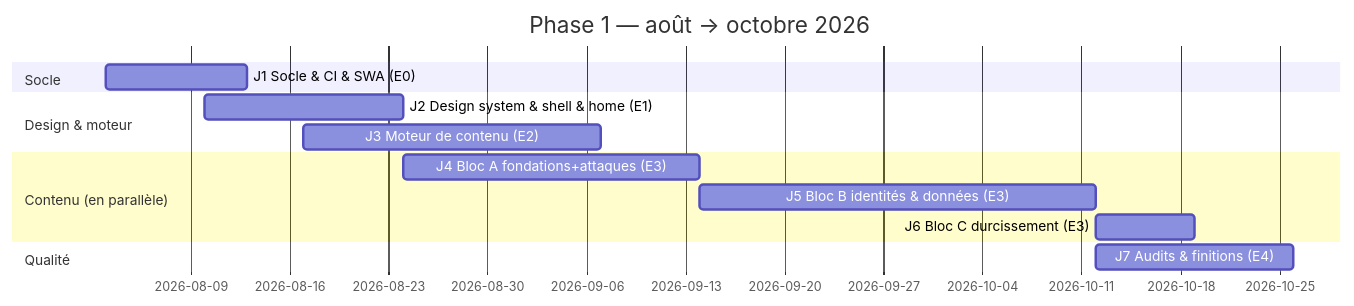
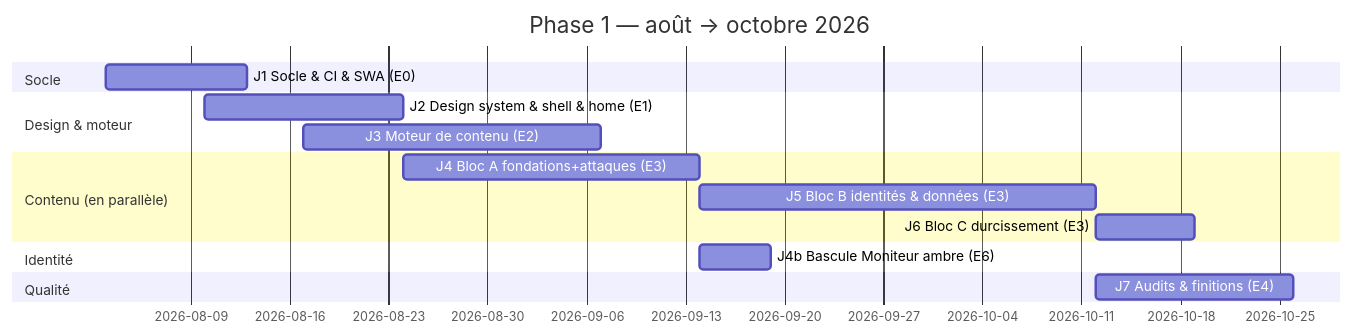
One commit to DrL0ve69/Dr.JeSaisTout-WebApp changed the diagram in docs/agile/roadmap.md. Above: the diagram before and after it, drawn with Mermaid. The commit also changed other lines of this file and 8 other files, not shown here.

First line of the commit message:
docs(direction): bascule « Carnet de laboratoire » -> « Moniteur ambre »

````diff
--- a/docs/agile/roadmap.md
+++ b/docs/agile/roadmap.md
@@ -26,16 +26,18 @@
 ```mermaid
 gantt
     dateFormat  YYYY-MM-DD
     title Phase 1 — août → octobre 2026
     section Socle
     J1 Socle & CI & SWA (E0)            :2026-08-03, 10d
     section Design & moteur
     J2 Design system & shell & home (E1):2026-08-10, 14d
     J3 Moteur de contenu (E2)           :2026-08-17, 21d
     section Contenu (en parallèle)
     J4 Bloc A fondations+attaques (E3)  :2026-08-24, 21d
     J5 Bloc B identités & données (E3)  :2026-09-14, 28d
     J6 Bloc C durcissement (E3)         :2026-10-12, 7d
+    section Identité
+    J4b Bascule Moniteur ambre (E6)     :2026-09-14, 5d
     section Qualité
     J7 Audits & finitions (E4)          :2026-10-12, 14d
 ```
````
